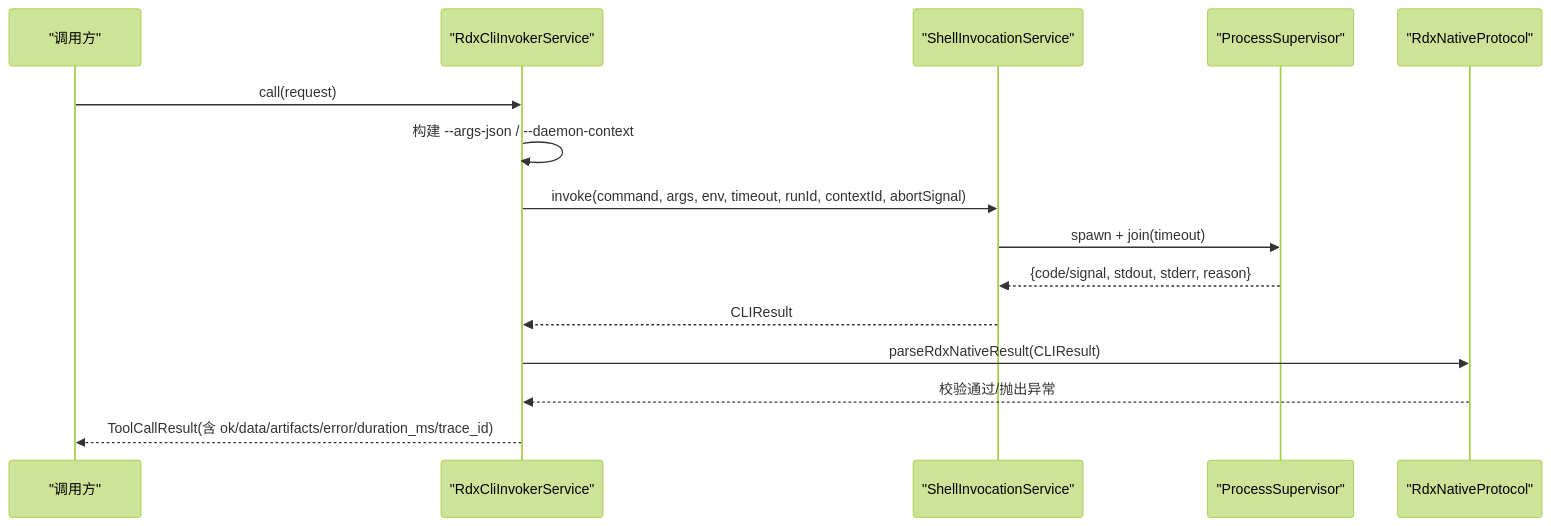
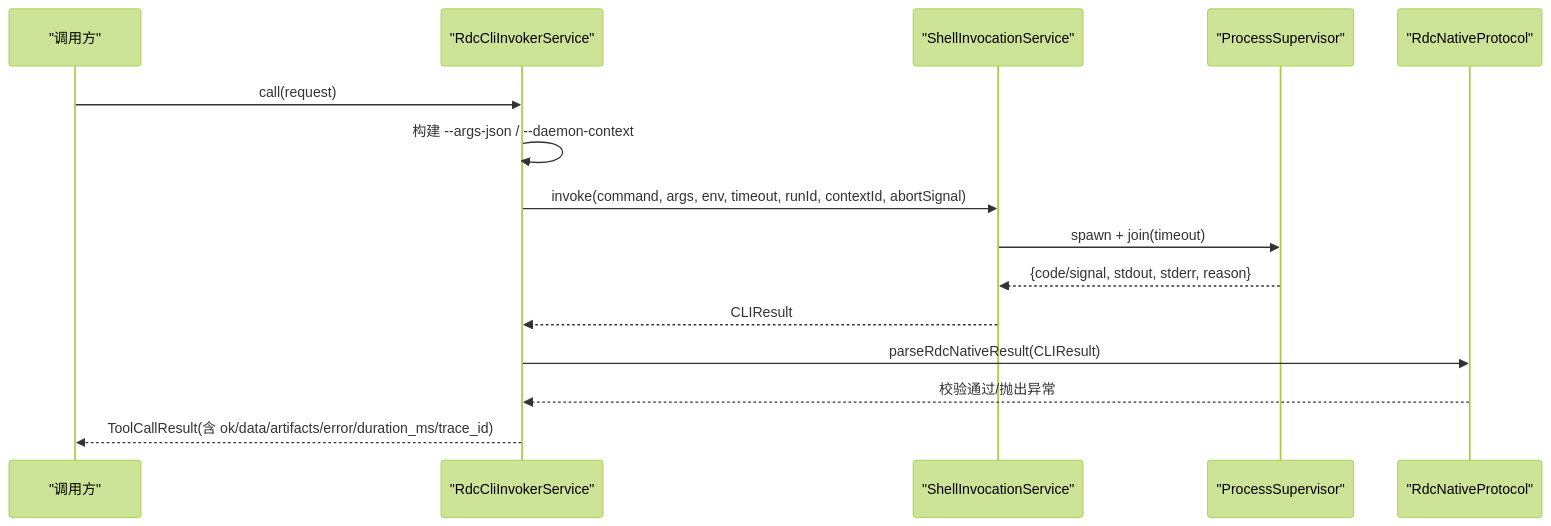
The second of 5 diagrams in .qoder/repowiki/zh/content/API 参考/工具 API/CLI 工具接口.md (haolange/RDC-Agent), drawn with Mermaid (forest theme) before and after one commit. The commit also changed other lines of this file and 557 other files, not shown here.

````diff
--- a/.qoder/repowiki/zh/content/API 参考/工具 API/CLI 工具接口.md
+++ b/.qoder/repowiki/zh/content/API 参考/工具 API/CLI 工具接口.md
@@ -69,17 +69,17 @@
 ```mermaid
 sequenceDiagram
 participant Caller as "调用方"
-participant Invoker as "RdxCliInvokerService"
+participant Invoker as "RdcCliInvokerService"
 participant Shell as "ShellInvocationService"
 participant Proc as "ProcessSupervisor"
-participant Protocol as "RdxNativeProtocol"
+participant Protocol as "RdcNativeProtocol"
 Caller->>Invoker : call(request)
 Invoker->>Invoker : 构建 --args-json / --daemon-context
 Invoker->>Shell : invoke(command, args, env, timeout, runId, contextId, abortSignal)
 Shell->>Proc : spawn + join(timeout)
 Proc-->>Shell : {code/signal, stdout, stderr, reason}
 Shell-->>Invoker : CLIResult
-Invoker->>Protocol : parseRdxNativeResult(CLIResult)
+Invoker->>Protocol : parseRdcNativeResult(CLIResult)
 Protocol-->>Invoker : 校验通过/抛出异常
 Invoker-->>Caller : ToolCallResult(含 ok/data/artifacts/error/duration_ms/trace_id)
 ```
````
